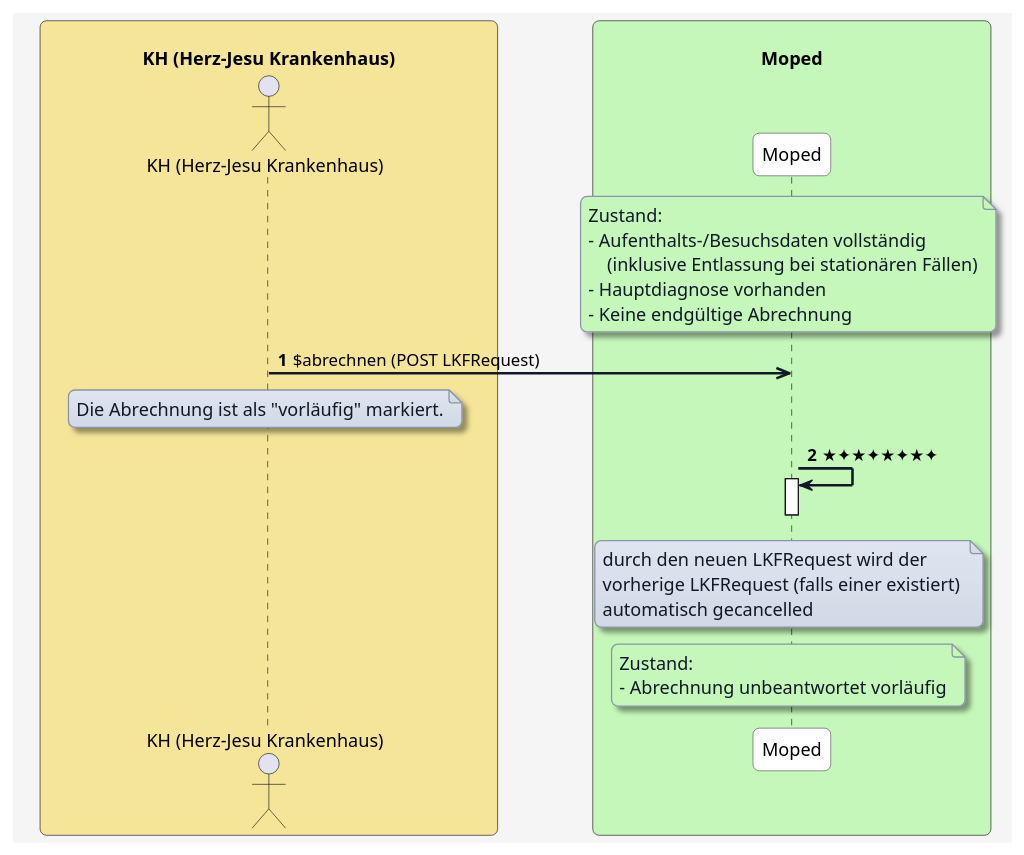
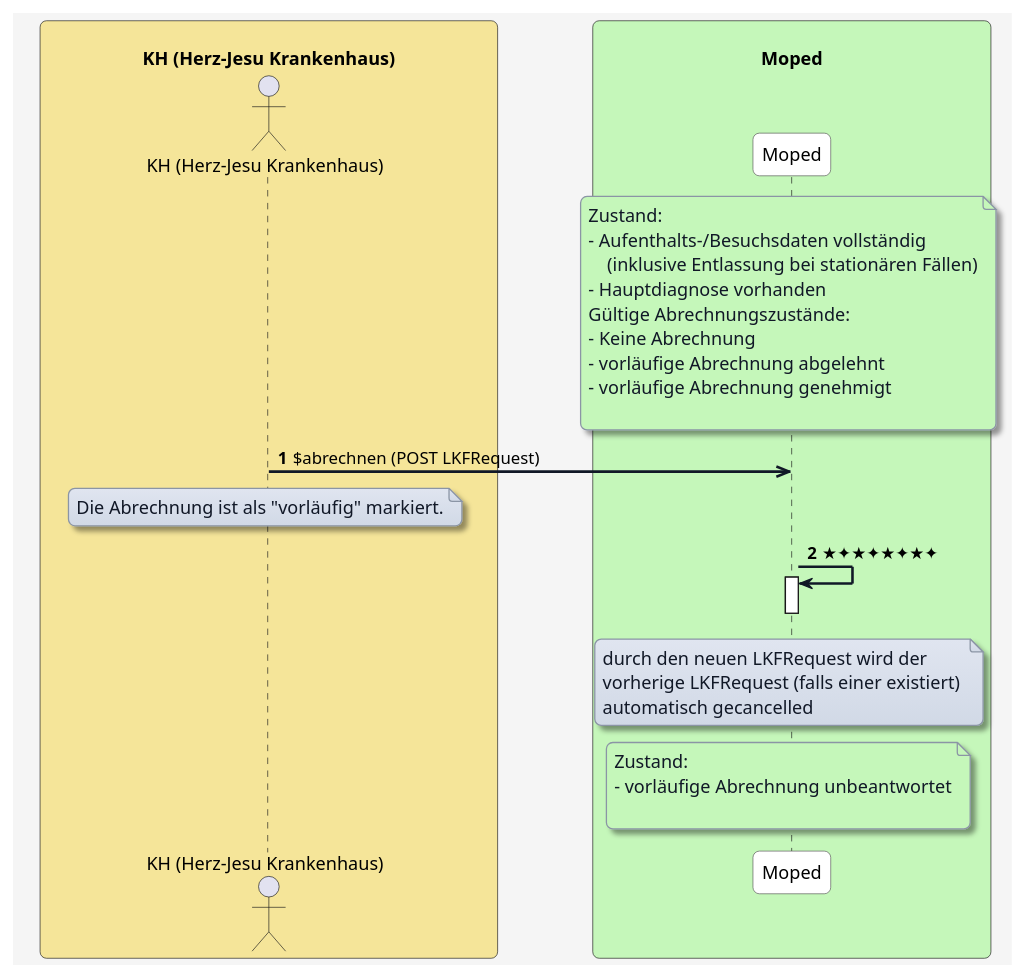
The diagram in plantuml/moped-fall-abrechnen/abrechnen-vorlaeufig.plantuml (HL7Austria/ELGA-MOPED-R5), drawn with PlantUML before and after one commit. The commit also changed 14 other files, not shown here.

```diff
--- a/plantuml/moped-fall-abrechnen/abrechnen-vorlaeufig.plantuml
+++ b/plantuml/moped-fall-abrechnen/abrechnen-vorlaeufig.plantuml
@@ -1,83 +1,88 @@
 @startuml
 skinparam borderColor #000000
 skinparam backgroundColor #f5f5f5
 skinparam shadowing false
 skinparam roundCorner 10
 skinparam defaultFontName "Arial"
 skinparam defaultFontSize 14
 skinparam defaultFontColor #000000
 
 skinparam note {
   BackgroundColor #e0e5f0-#d1d9e6
   BorderColor #8b95a5
   BorderThickness 1
   RoundCorner 8
   Padding 6
   FontColor #111827
   Shadowing true
 }
 
 skinparam HyperlinkColor #0000EE
 skinparam HyperlinkUnderline false
 
 skinparam sequence {
   ParticipantBorderColor #555555
   ParticipantBackgroundColor #ffffff
   ParticipantFontColor #000000
   ParticipantFontSize 14
   ParticipantPadding 20
   ArrowColor #111827
   ArrowThickness 2
   ArrowFontColor #000000
   ArrowFontSize 13
   GroupBorderColor #111827
   GroupBackgroundColor #f3f4f6
   GroupBorderThickness 1
 }
 
 skinparam BoxPadding 20
 skinparam BoxBorderColor #555555
 
 box "\n                     KH (Herz-Jesu Krankenhaus)                     " #f5e599
   actor KH as "KH (Herz-Jesu Krankenhaus)"
 end box
 
 box "\n                                   Moped                                   " #c5f7ba
   participant MP as "Moped"
 end box
 
 
 
 
 autonumber
 
 note over MP #c5f7ba
 Zustand:
 - Aufenthalts-/Besuchsdaten vollständig
     (inklusive Entlassung bei stationären Fällen)
 - Hauptdiagnose vorhanden
-- Keine endgültige Abrechnung
+Gültige Abrechnungszustände:
+- Keine Abrechnung
+- vorläufige Abrechnung abgelehnt
+- vorläufige Abrechnung genehmigt
+
 end note
 
 KH ->> MP: $abrechnen (POST LKFRequest)
 
 note over KH
 Die Abrechnung ist als "vorläufig" markiert.
 end note
 
 MP -> MP: ★✦★✦★✦★✦
 activate MP
 deactivate MP
 
 note over MP
 durch den neuen LKFRequest wird der 
 vorherige LKFRequest (falls einer existiert) 
 automatisch gecancelled
 end note
 
 note over MP #c5f7ba
 Zustand:
-- Abrechnung unbeantwortet vorläufig
+- vorläufige Abrechnung unbeantwortet
+
 end note
 
 @enduml
```
